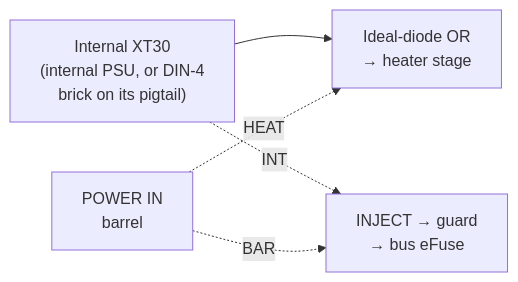
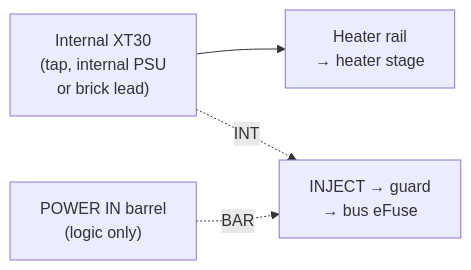
Before and after one commit to BashfulBits/3dp-fleet-exhaust: the second of 3 diagrams in docs/02_hardware_specification.md, drawn with Mermaid. The commit also changed other lines of this file and 11 other files, not shown here.

````diff
--- a/docs/02_hardware_specification.md
+++ b/docs/02_hardware_specification.md
@@ -81,7 +81,6 @@
 ```mermaid
 flowchart LR
-  HIN["Internal XT30<br>(internal PSU, or DIN-4<br>brick on its pigtail)"] --> OR["Ideal-diode OR<br>→ heater stage"]
-  BAR["POWER IN<br>barrel"] -.->|"HEAT"| OR
+  HIN["Internal XT30<br>(tap, internal PSU<br>or brick lead)"] --> HR["Heater rail<br>→ heater stage"]
   HIN -.->|"INT"| EF["INJECT → guard<br>→ bus eFuse"]
-  BAR -.->|"BAR"| EF
+  BAR["POWER IN barrel<br>(logic only)"] -.->|"BAR"| EF
 ```
````
